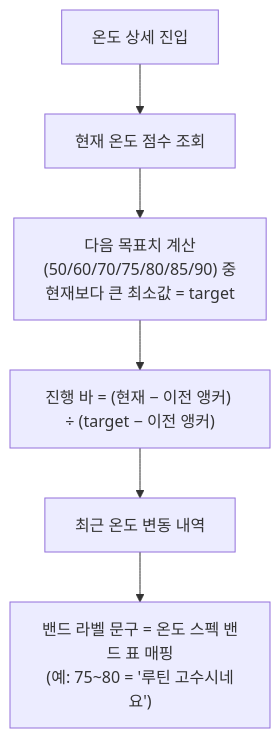
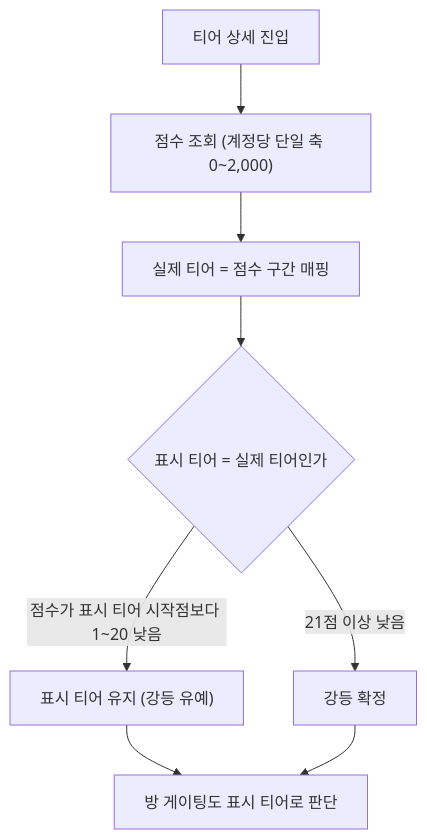
The third of 4 diagrams in docs/profile/마이프로필_캘린더_테크스펙.md (RuleUp-ASM/Backend), drawn with Mermaid before and after one commit. The commit also changed other lines of this file and 7 other files, not shown here.

````diff
--- a/docs/profile/마이프로필_캘린더_테크스펙.md
+++ b/docs/profile/마이프로필_캘린더_테크스펙.md
@@ -84,8 +101,10 @@
 ```mermaid
 flowchart TD
-    A["온도 상세 진입"] --> B["현재 온도 점수 조회"]
-    B --> C["다음 목표치 계산<br/>(50/60/70/75/80/85/90) 중<br/>현재보다 큰 최소값 = target"]
-    C --> D["진행 바 = (현재 − 이전 앵커) ÷ (target − 이전 앵커)"]
-    D --> E["최근 온도 변동 내역"]
-    E --> F["밴드 라벨 문구 = 온도 스펙 밴드 표 매핑<br/>(예: 75~80 = '루틴 고수시네요')"]
+    A["티어 상세 진입"] --> B["점수 조회 (계정당 단일 축 0~2,000)"]
+    B --> C["실제 티어 = 점수 구간 매핑"]
+    C --> D{"표시 티어 = 실제 티어인가"}
+    D -->|"점수가 표시 티어 시작점보다 1~20 낮음"| E["표시 티어 유지 (강등 유예)"]
+    D -->|"21점 이상 낮음"| F["강등 확정"]
+    E --> G["방 게이팅도 표시 티어로 판단"]
+    F --> G
 ```
````
